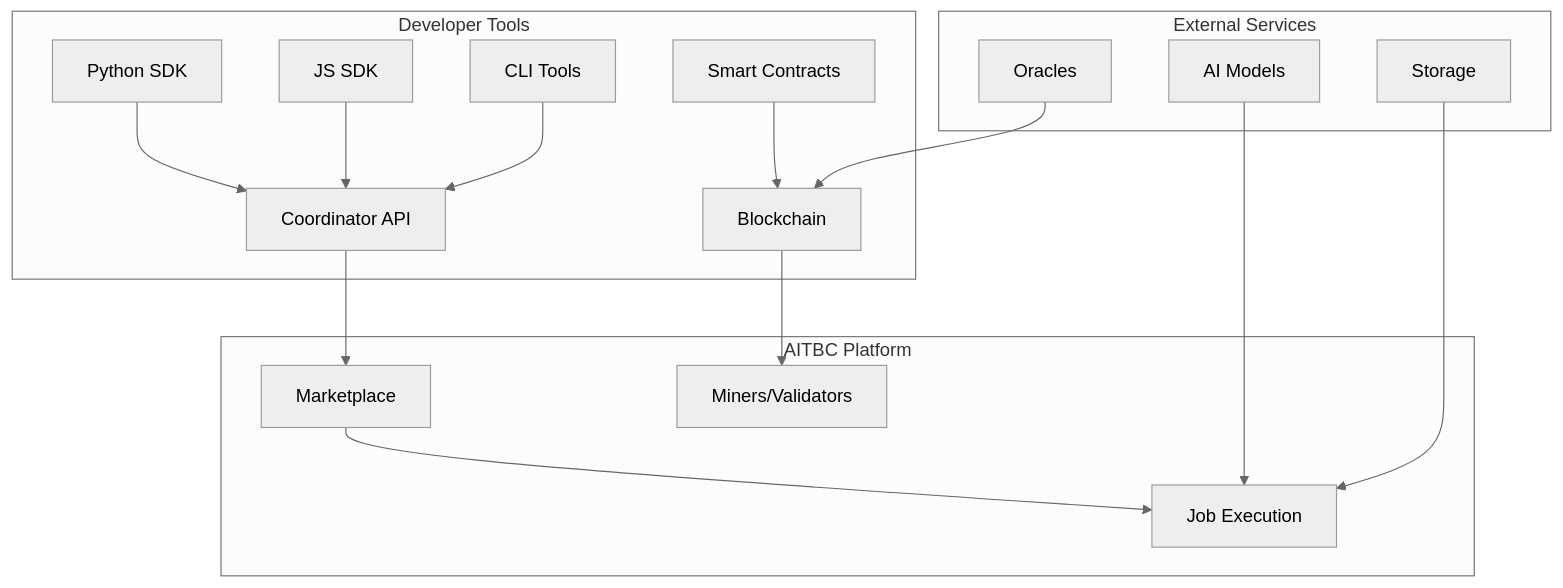
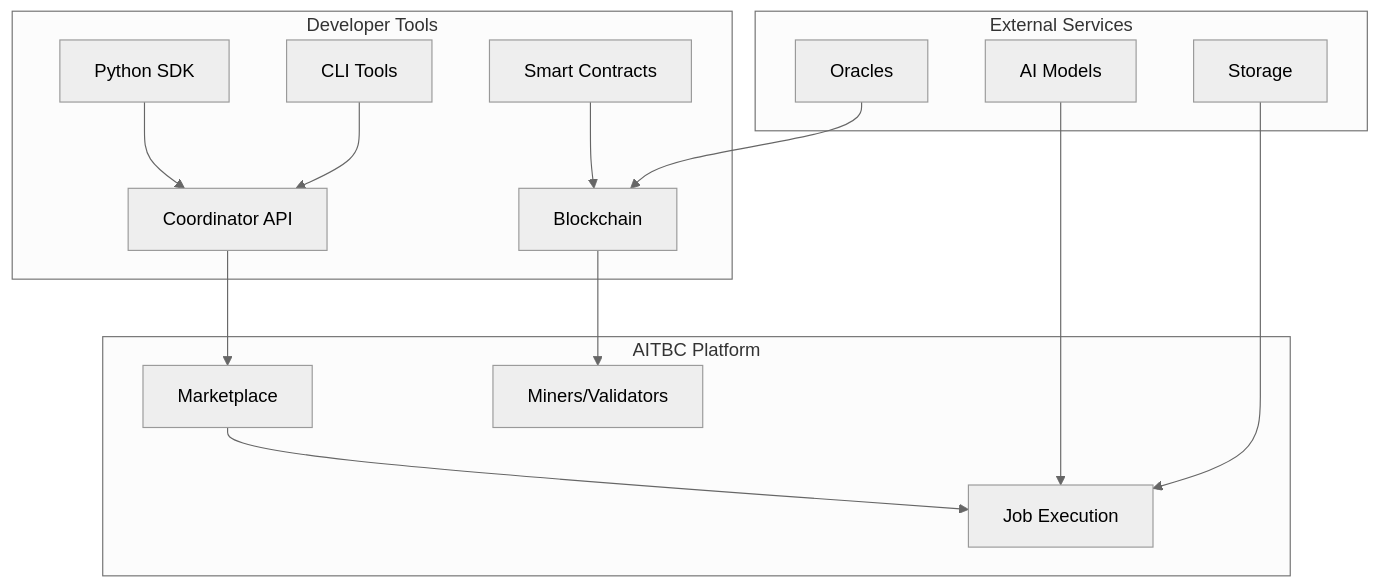
One commit to oib/AITBC changed the diagram in docs/development/1_overview.md. Above: the diagram before and after it, drawn with Mermaid (neutral theme). The commit also changed 5 other files, not shown here.

````diff
--- a/docs/development/1_overview.md
+++ b/docs/development/1_overview.md
@@ -34,21 +34,20 @@
 ```mermaid
 graph TB
     subgraph "Developer Tools"
         A[Python SDK] --> E[Coordinator API]
-        B[JS SDK] --> E
-        C[CLI Tools] --> E
-        D[Smart Contracts] --> F[Blockchain]
+        B[CLI Tools] --> E
+        C[Smart Contracts] --> F[Blockchain]
     end
 
     subgraph "AITBC Platform"
         E --> G[Marketplace]
         F --> H[Miners/Validators]
         G --> I[Job Execution]
     end
 
     subgraph "External Services"
         J[AI Models] --> I
         K[Storage] --> I
         L[Oracles] --> F
     end
 ```
````
